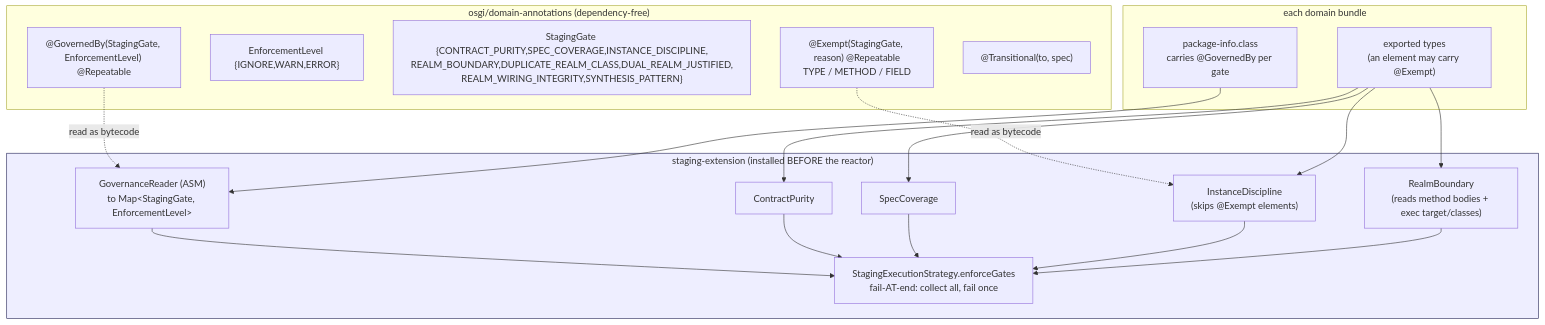
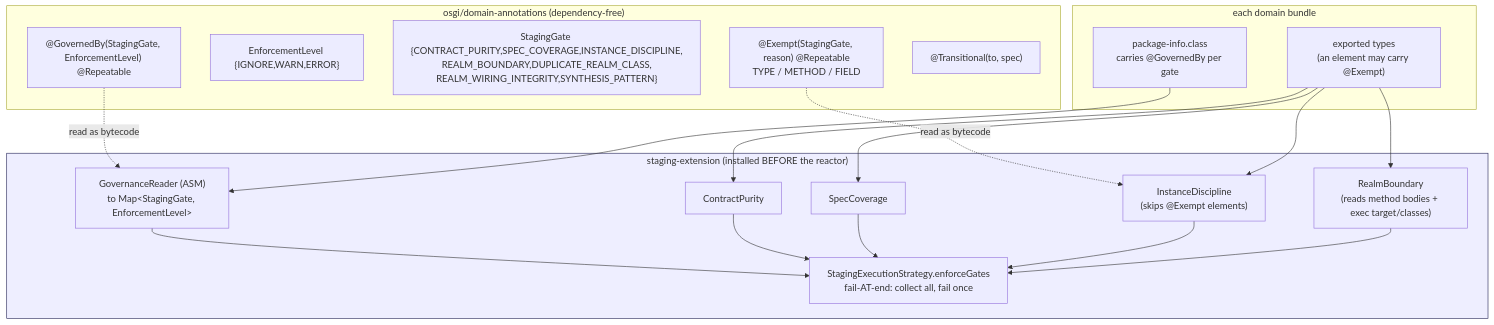
One commit to nxmatic/rke2lab changed the diagram in docs/architecture/osgi/staging-gates-governance-spec.adoc. Above: the diagram before and after it, drawn with Mermaid. The commit also changed other lines of this file and 32 other files, not shown here.

First line of the commit message:
feat(manifests): versions bumper over a demand-folded dual-realm ingress carrier

```diff
--- a/docs/architecture/osgi/staging-gates-governance-spec.adoc
+++ b/docs/architecture/osgi/staging-gates-governance-spec.adoc
@@ -246,34 +241,34 @@
 [mermaid]
 ....
 flowchart TB
   subgraph anns["osgi/domain-annotations (dependency-free)"]
     gb["@GovernedBy(StagingGate, EnforcementLevel) @Repeatable"]
     en["EnforcementLevel {IGNORE,WARN,ERROR}"]
-    ga["StagingGate {CONTRACT_PURITY,SPEC_COVERAGE,INSTANCE_DISCIPLINE,<br/>REALM_BOUNDARY,DUPLICATE_REALM_CLASS,DUAL_REALM_JUSTIFIED,<br/>REALM_WIRING_INTEGRITY,SYNTHESIS_PATTERN}"]
+    ga["StagingGate {CONTRACT_PURITY,SPEC_COVERAGE,INSTANCE_DISCIPLINE,<br/>REALM_BOUNDARY,DUPLICATE_REALM_CLASS,<br/>REALM_WIRING_INTEGRITY,SYNTHESIS_PATTERN}"]
     ex["@Exempt(StagingGate, reason) @Repeatable<br/>TYPE / METHOD / FIELD"]
     tr["@Transitional(to, spec)"]
   end
   subgraph dom["each domain bundle"]
     pi["package-info.class<br/>carries @GovernedBy per gate"]
     tps["exported types<br/>(an element may carry @Exempt)"]
   end
   subgraph ext["staging-extension (installed BEFORE the reactor)"]
     gr["GovernanceReader (ASM)<br/>to Map&lt;StagingGate, EnforcementLevel&gt;"]
     rp["ContractPurity"]
     sc["SpecCoverage"]
     id["InstanceDiscipline<br/>(skips @Exempt elements)"]
     rb["RealmBoundary<br/>(reads method bodies + exec target/classes)"]
     se["StagingExecutionStrategy.enforceGates<br/>fail-AT-end: collect all, fail once"]
   end
   gb -.read as bytecode.-> gr
   ex -.read as bytecode.-> id
   pi --> gr
   tps --> rp & sc & id & rb
   gr --> se
   rp --> se
   sc --> se
   id --> se
   rb --> se
   classDef infra fill:#eef,stroke:#225;
   class ext infra;
 ....
```
